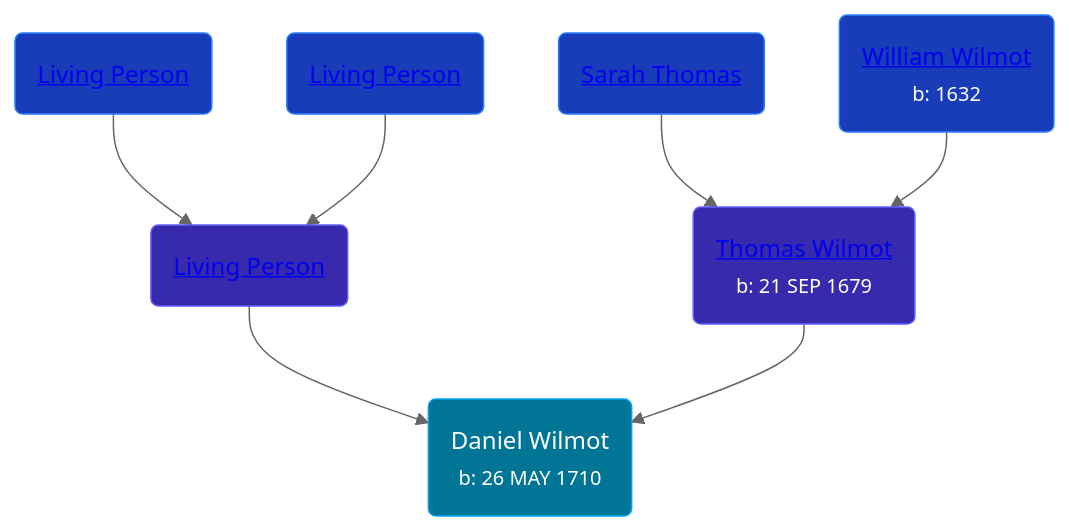
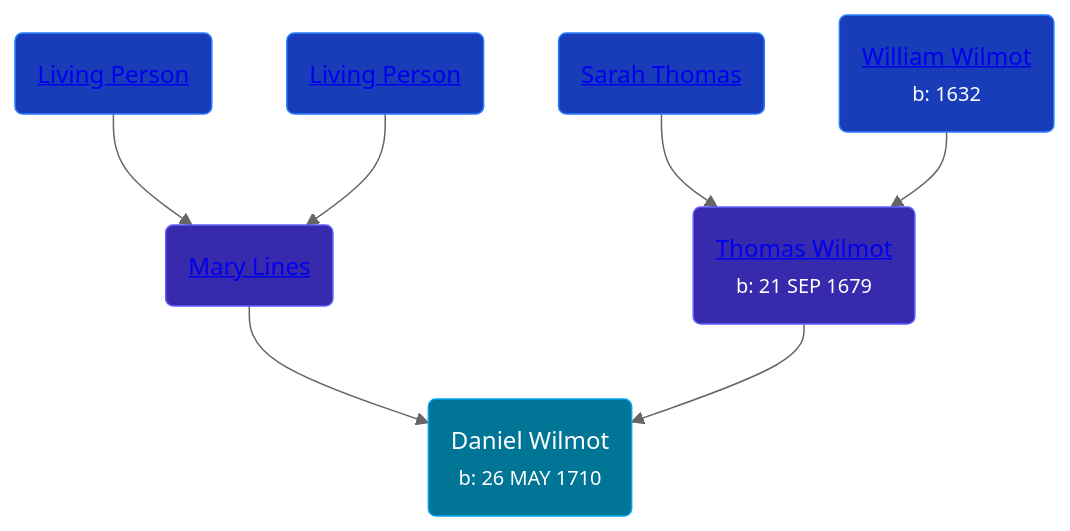
Before and after one commit to wpmgotkh/wpmgotkh.github.io: the diagram in pages/people/1/15714816.md, drawn with Mermaid (neutral theme). The commit also changed other lines of this file and 586 other files, not shown here.

Commit message:
feat: better shouldConsiderPersonLiving algo

````diff
--- a/pages/people/1/15714816.md
+++ b/pages/people/1/15714816.md
@@ -10,13 +10,13 @@
 ```mermaid
 graph
 classDef grands fill:#193cb8,stroke:#2b7fff,stroke-width:1px,color:#fff;
 classDef parents fill:#372aac,stroke:#615fff,stroke-width:1px,color:#fff;
 classDef primary fill:#007595,stroke:#00a6f4,stroke-width:1px,color:#fff;
 15714816(Daniel Wilmot<br /><small>b: 26 MAY 1710</small>):::primary
-19292651(<a class="text-white" href="/people/1/19292651">Living Person</a>):::parents-->15714816
+19292651(<a class="text-white" href="/people/1/19292651">Mary Lines</a>):::parents-->15714816
 33207612(<a class="text-white" href="/people/3/33207612">Living Person</a>):::grands-->19292651
 80639382(<a class="text-white" href="/people/8/80639382">Living Person</a>):::grands-->19292651
 36930663(<a class="text-white" href="/people/3/36930663">Thomas Wilmot</a><br /><small>b: 21 SEP 1679</small>):::parents-->15714816
 28506175(<a class="text-white" href="/people/2/28506175">Sarah Thomas</a>):::grands-->36930663
 47205976(<a class="text-white" href="/people/4/47205976">William Wilmot</a><br /><small>b: 1632</small>):::grands-->36930663
 ```
````
